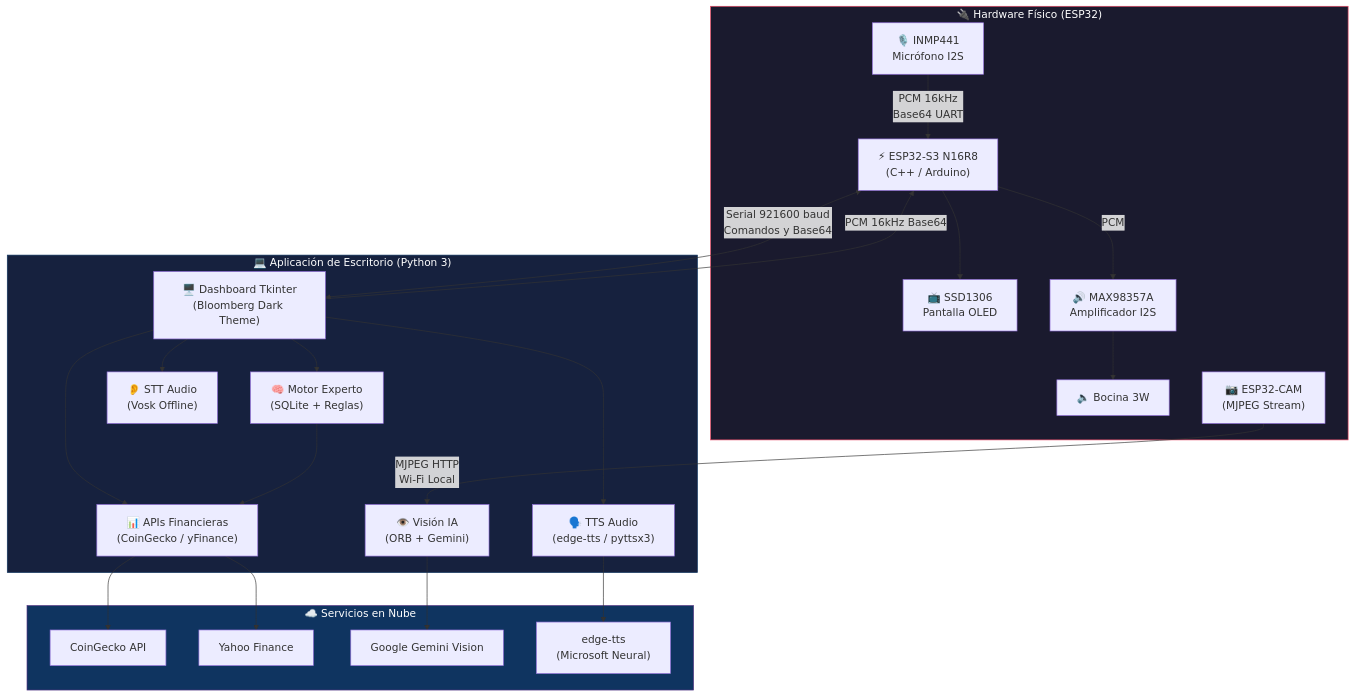
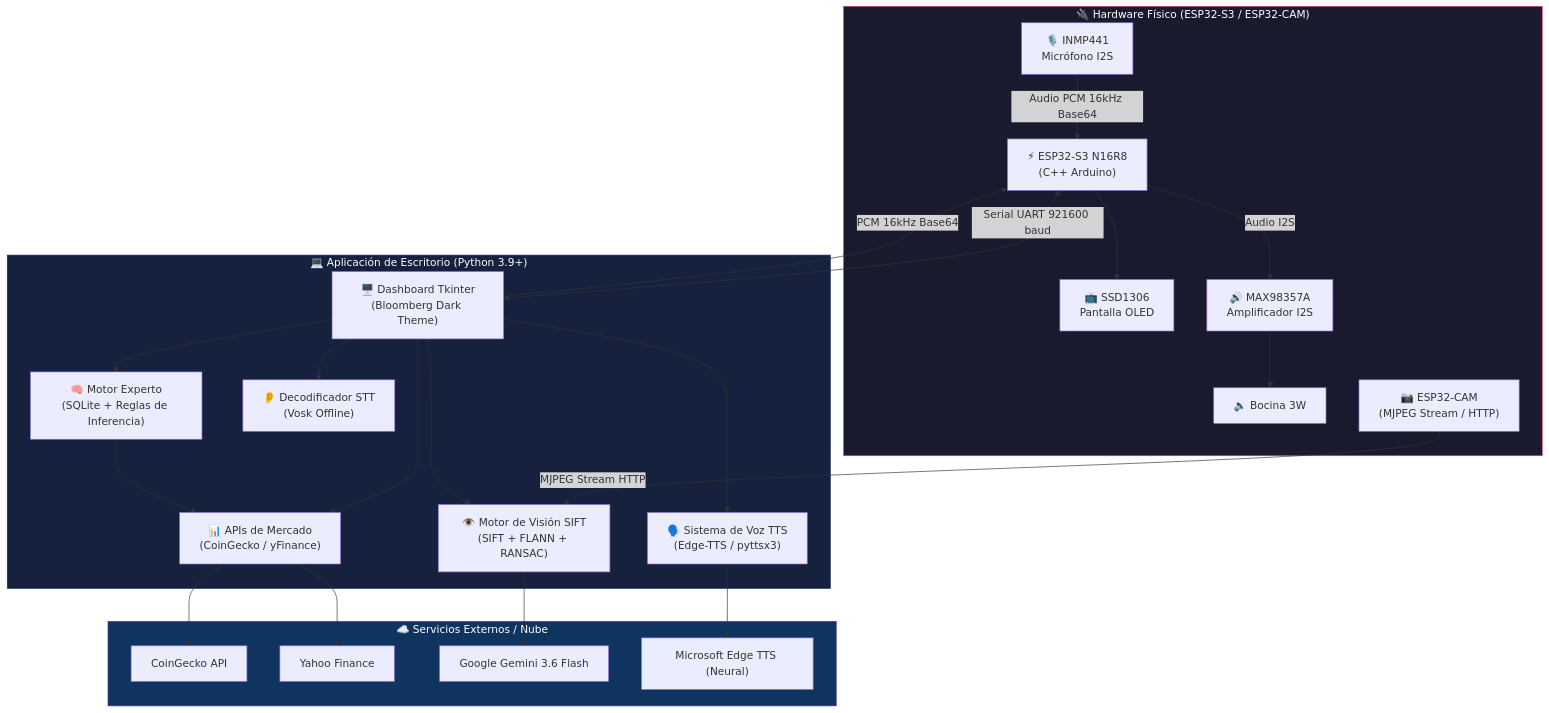
Before and after one commit to Daniel-Macias-hub/Asistente-Financiero-Experto: the first of 5 diagrams in README.md, drawn with Mermaid. The commit also changed other lines of this file, not shown here.

````diff
--- a/README.md
+++ b/README.md
@@ -50,50 +35,51 @@
 ```mermaid
 graph TB
-    subgraph HW["🔌 Hardware Físico (ESP32)"]
+    subgraph HW["🔌 Hardware Físico (ESP32-S3 / ESP32-CAM)"]
         MIC["🎙️ INMP441\nMicrófono I2S"]
         OLED["📺 SSD1306\nPantalla OLED"]
         AMP["🔊 MAX98357A\nAmplificador I2S"]
         BOC["🔈 Bocina 3W"]
-        ESP32["⚡ ESP32-S3 N16R8\n(C++ / Arduino)"]
-        CAM["📷 ESP32-CAM\n(MJPEG Stream)"]
+        ESP32["⚡ ESP32-S3 N16R8\n(C++ Arduino)"]
+        CAM["📷 ESP32-CAM\n(MJPEG Stream / HTTP)"]
     end
 
-    subgraph PC["💻 Aplicación de Escritorio (Python 3)"]
+    subgraph PC["💻 Aplicación de Escritorio (Python 3.9+)"]
         GUI["🖥️ Dashboard Tkinter\n(Bloomberg Dark Theme)"]
-        MOTOR["🧠 Motor Experto\n(SQLite + Reglas)"]
-        TTS["🗣️ TTS Audio\n(edge-tts / pyttsx3)"]
-        STT["👂 STT Audio\n(Vosk Offline)"]
-        API["📊 APIs Financieras\n(CoinGecko / yFinance)"]
-        VISION["👁️ Visión IA\n(ORB + Gemini)"]
+        MOTOR["🧠 Motor Experto\n(SQLite + Reglas de Inferencia)"]
+        TTS["🗣️ Sistema de Voz TTS\n(Edge-TTS / pyttsx3)"]
+        STT["👂 Decodificador STT\n(Vosk Offline)"]
+        API["📊 APIs de Mercado\n(CoinGecko / yFinance)"]
+        VISION["👁️ Motor de Visión SIFT\n(SIFT + FLANN + RANSAC)"]
     end
 
-    subgraph CLOUD["☁️ Servicios en Nube"]
+    subgraph CLOUD["☁️ Servicios Externos / Nube"]
         CG["CoinGecko API"]
         YF["Yahoo Finance"]
-        GEM["Google Gemini Vision"]
-        ETTS["edge-tts\n(Microsoft Neural)"]
+        GEM["Google Gemini 3.6 Flash"]
+        ETTS["Microsoft Edge TTS (Neural)"]
     end
 
-    MIC -->|"PCM 16kHz\nBase64 UART"| ESP32
-    ESP32 <-->|"Serial 921600 baud\nComandos y Base64"| GUI
+    MIC -->|"Audio PCM 16kHz Base64"| ESP32
+    ESP32 <-->|"Serial UART 921600 baud"| GUI
     GUI -->|"PCM 16kHz Base64"| ESP32
-    ESP32 -->|"PCM"| AMP
+    ESP32 -->|"Audio I2S"| AMP
     AMP --> BOC
     ESP32 --> OLED
-    CAM -->|"MJPEG HTTP\nWi-Fi Local"| VISION
+    CAM -->|"MJPEG Stream HTTP"| VISION
 
     GUI --> MOTOR
     GUI --> TTS
     GUI --> STT
     GUI --> API
+    GUI --> VISION
     
     MOTOR --> API
     API --> CG
     API --> YF
     VISION --> GEM
     TTS --> ETTS
 
     style HW fill:#1a1a2e,stroke:#e94560,color:#fff
     style PC fill:#16213e,stroke:#0f3460,color:#fff
     style CLOUD fill:#0f3460,stroke:#533483,color:#fff
 ```
````
